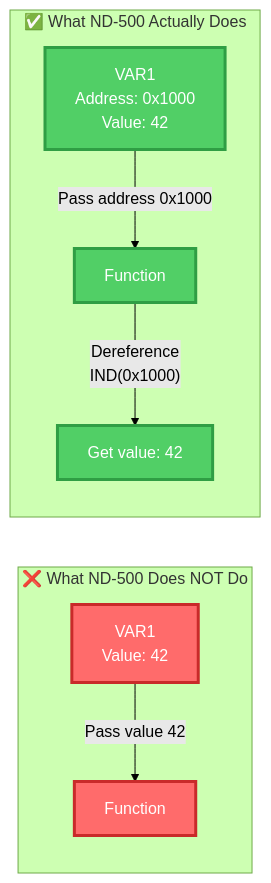
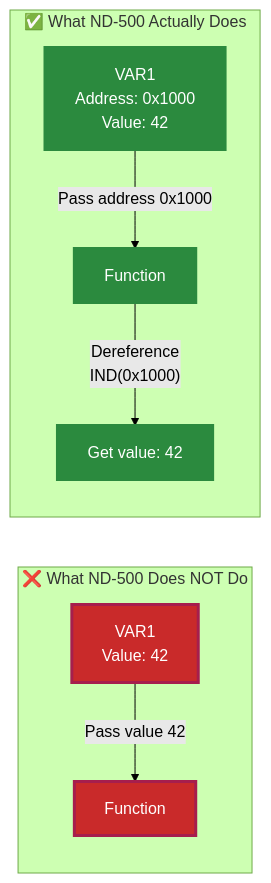
Before and after one commit to RetroCoreLabs/nd500x: the second of 25 diagrams in docs/CALL_and_ENTRY_Points_Explained.md, drawn with Mermaid (forest theme). The commit also changed other lines of this file, not shown here.

First line of the commit message:
docs: Make Mermaid diagrams WCAG 2.1 Level AA compliant (EAA 2025)

````diff
--- a/docs/CALL_and_ENTRY_Points_Explained.md
+++ b/docs/CALL_and_ENTRY_Points_Explained.md
@@ -35,17 +35,17 @@
 ```mermaid
 graph LR
     subgraph "❌ What ND-500 Does NOT Do"
         A1[VAR1<br/>Value: 42] -->|"Pass value 42"| B1[Function]
     end
 
     subgraph "✅ What ND-500 Actually Does"
         A2[VAR1<br/>Address: 0x1000<br/>Value: 42] -->|"Pass address 0x1000"| B2[Function]
         B2 -->|"Dereference<br/>IND(0x1000)"| C2[Get value: 42]
     end
 
-    style A1 fill:#ff6b6b,stroke:#c92a2a,stroke-width:3px,color:#fff
-    style B1 fill:#ff6b6b,stroke:#c92a2a,stroke-width:3px,color:#fff
-    style A2 fill:#51cf66,stroke:#2f9e44,stroke-width:3px,color:#fff
-    style B2 fill:#51cf66,stroke:#2f9e44,stroke-width:3px,color:#fff
-    style C2 fill:#51cf66,stroke:#2f9e44,stroke-width:3px,color:#fff
+    style A1 fill:#c92a2a,stroke:#a61e4d,stroke-width:3px,color:#fff
+    style B1 fill:#c92a2a,stroke:#a61e4d,stroke-width:3px,color:#fff
+    style A2 fill:#2b8a3e,stroke:#2b8a3e,stroke-width:3px,color:#fff
+    style B2 fill:#2b8a3e,stroke:#2b8a3e,stroke-width:3px,color:#fff
+    style C2 fill:#2b8a3e,stroke:#2b8a3e,stroke-width:3px,color:#fff
 ```
````
